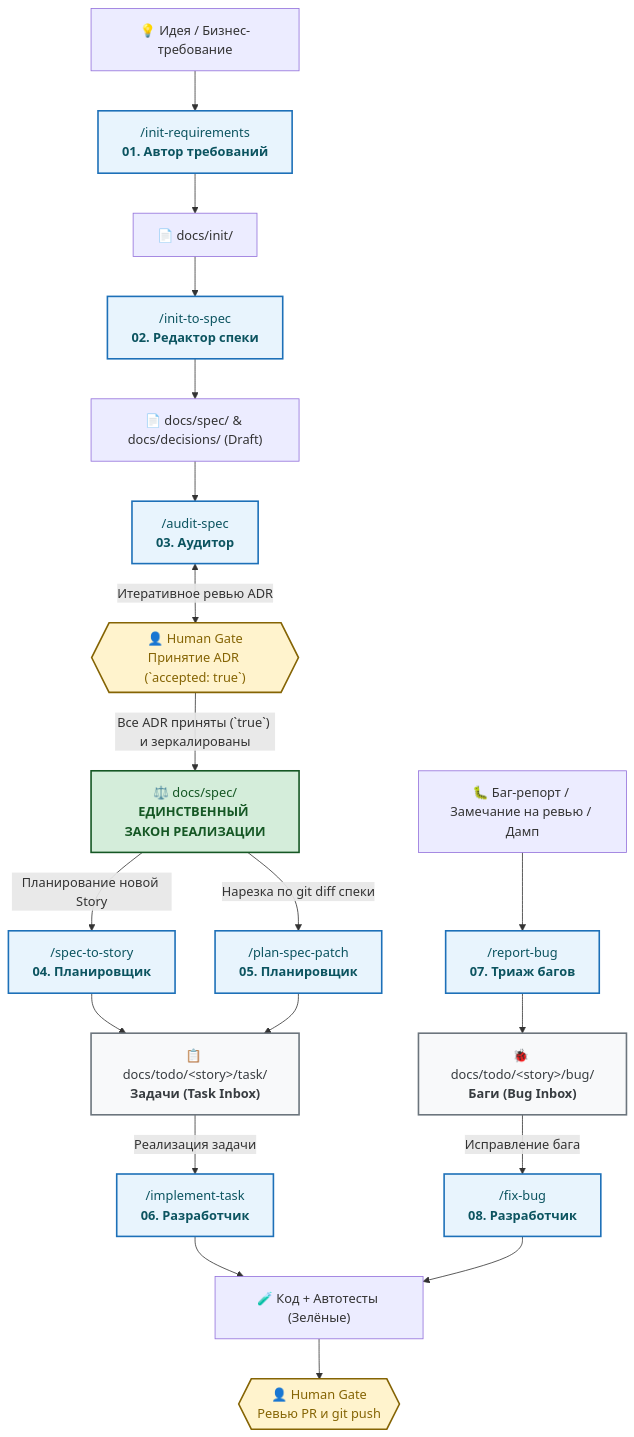
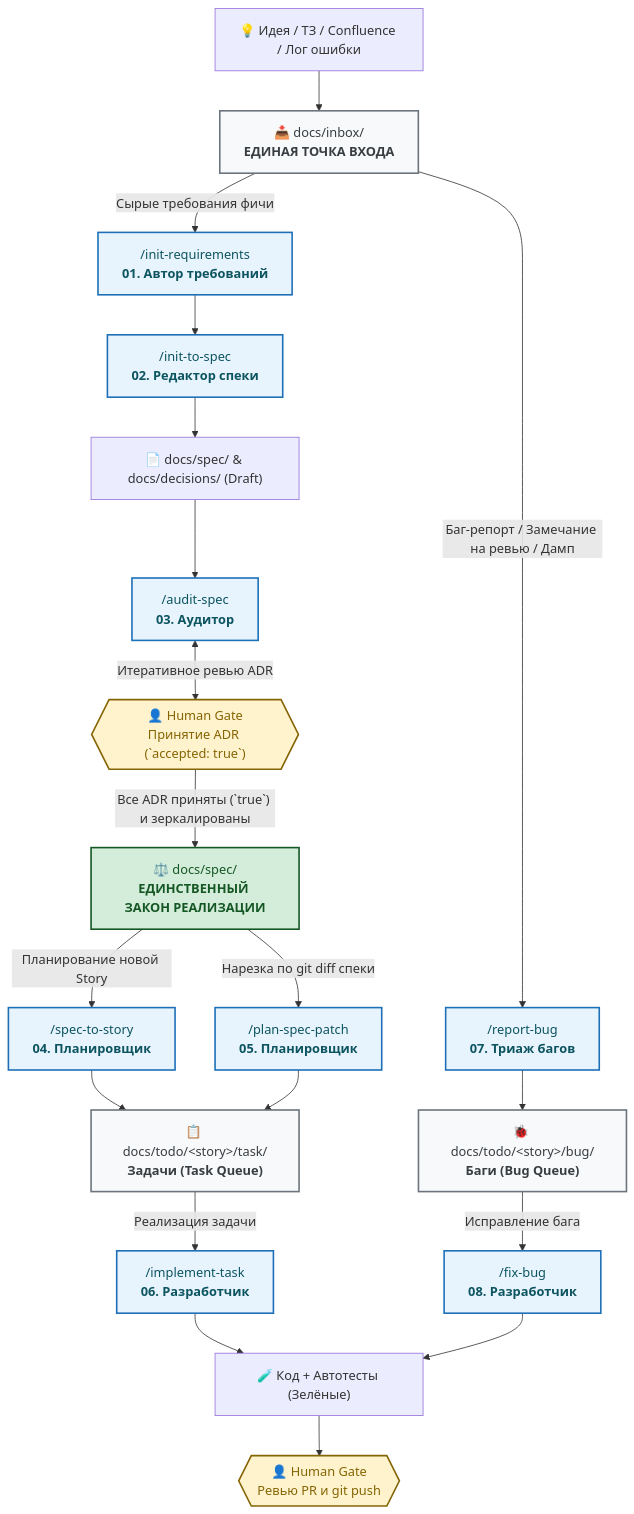
One commit to gste/deltafuse changed the diagram in README.ru.md. Above: the diagram before and after it, drawn with Mermaid. The commit also changed other lines of this file and 18 other files, not shown here.

Commit message:
refactor: unify raw external inputs into single docs/inbox/ entry point

````diff
--- a/README.ru.md
+++ b/README.ru.md
@@ -15,35 +15,35 @@
 ```mermaid
 flowchart TD
     classDef human fill:#fff3cd,stroke:#856404,stroke-width:2px,color:#856404;
     classDef skill fill:#e8f4fd,stroke:#1d70b8,stroke-width:2px,color:#0c5460;
     classDef law fill:#d4edda,stroke:#155724,stroke-width:2px,color:#155724;
     classDef inbox fill:#f8f9fa,stroke:#6c757d,stroke-width:2px,color:#383d41;
 
-    Raw["💡 Идея / Бизнес-требование"] --> S1["/init-requirements<br><b>01. Автор требований</b>"]:::skill
-    S1 --> InitDoc["📄 docs/init/"]
+    Raw["💡 Идея / ТЗ / Confluence / Лог ошибки"] --> Inbox["📥 docs/inbox/<br><b>ЕДИНАЯ ТОЧКА ВХОДА</b>"]:::inbox
 
-    InitDoc --> S2["/init-to-spec<br><b>02. Редактор спеки</b>"]:::skill
+    Inbox -->|"Сырые требования фичи"| S1["/init-requirements<br><b>01. Автор требований</b>"]:::skill
+    S1 --> S2["/init-to-spec<br><b>02. Редактор спеки</b>"]:::skill
     S2 --> SpecDraft["📄 docs/spec/ & docs/decisions/ (Draft)"]
 
     SpecDraft --> S3["/audit-spec<br><b>03. Аудитор</b>"]:::skill
     S3 <-->|"Итеративное ревью ADR"| Gate1{{"👤 Human Gate<br>Принятие ADR (`accepted: true`)"}}:::human
 
     Gate1 -->|"Все ADR приняты (`true`) и зеркалированы"| SpecLaw["⚖️ docs/spec/<br><b>ЕДИНСТВЕННЫЙ ЗАКОН РЕАЛИЗАЦИИ</b>"]:::law
 
     SpecLaw -->|"Планирование новой Story"| S4["/spec-to-story<br><b>04. Планировщик</b>"]:::skill
     SpecLaw -->|"Нарезка по git diff спеки"| S5["/plan-spec-patch<br><b>05. Планировщик</b>"]:::skill
 
-    RawBug["🐛 Баг-репорт / Замечание на ревью / Дамп"] --> S7["/report-bug<br><b>07. Триаж багов</b>"]:::skill
+    Inbox -->|"Баг-репорт / Замечание на ревью / Дамп"| S7["/report-bug<br><b>07. Триаж багов</b>"]:::skill
 
-    S4 --> TaskInbox["📋 docs/todo/&lt;story&gt;/task/<br><b>Задачи (Task Inbox)</b>"]:::inbox
+    S4 --> TaskInbox["📋 docs/todo/&lt;story&gt;/task/<br><b>Задачи (Task Queue)</b>"]:::inbox
     S5 --> TaskInbox
-    S7 --> BugInbox["🐞 docs/todo/&lt;story&gt;/bug/<br><b>Баги (Bug Inbox)</b>"]:::inbox
+    S7 --> BugInbox["🐞 docs/todo/&lt;story&gt;/bug/<br><b>Баги (Bug Queue)</b>"]:::inbox
 
     TaskInbox -->|"Реализация задачи"| S6["/implement-task<br><b>06. Разработчик</b>"]:::skill
     BugInbox -->|"Исправление бага"| S8["/fix-bug<br><b>08. Разработчик</b>"]:::skill
 
     S6 --> Code["🧪 Код + Автотесты (Зелёные)"]
     S8 --> Code
 
     Code --> Gate2{{"👤 Human Gate<br>Ревью PR и git push"}}:::human
 ```
````
